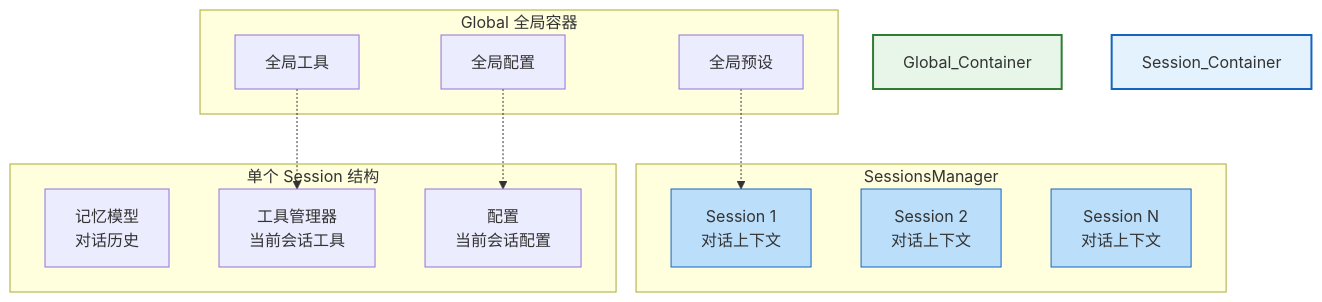
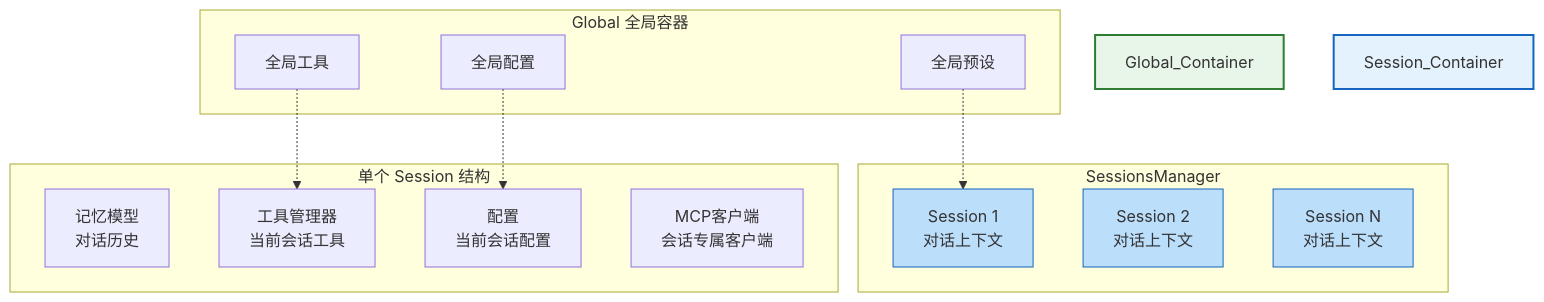
One commit to AmritaBot/AmritaCore changed the second of 3 diagrams in docs/zh/guide/getting-started/architecture.md. Above: the diagram before and after it, drawn with Mermaid. The commit also changed other lines of this file and 6 other files, not shown here.

````diff
--- a/docs/zh/guide/getting-started/architecture.md
+++ b/docs/zh/guide/getting-started/architecture.md
@@ -41,30 +46,31 @@
 ```mermaid
 graph TB
     subgraph "Global 全局容器"
         G_Tools[全局工具]
         G_Presets[全局预设]
         G_Config[全局配置]
     end
 
     subgraph "SessionsManager"
         S1[Session 1<br/>对话上下文]
         S2[Session 2<br/>对话上下文]
         SN[Session N<br/>对话上下文]
     end
 
     subgraph "单个 Session 结构"
         Mem[记忆模型<br/>对话历史]
         Tools[工具管理器<br/>当前会话工具]
         Conf[配置<br/>当前会话配置]
+        MCP[MCP客户端<br/>会话专属客户端]
     end
 
     G_Tools -.-> Tools
     G_Presets -.-> S1
     G_Config -.-> Conf
 
     style Global_Container fill:#e8f5e9,stroke:#2e7d32,stroke-width:2px
     style Session_Container fill:#e3f2fd,stroke:#1565c0,stroke-width:2px
     style S1 fill:#bbdefb,stroke:#1565c0,stroke-width:1px
     style S2 fill:#bbdefb,stroke:#1565c0,stroke-width:1px
     style SN fill:#bbdefb,stroke:#1565c0,stroke-width:1px
 ```
````
